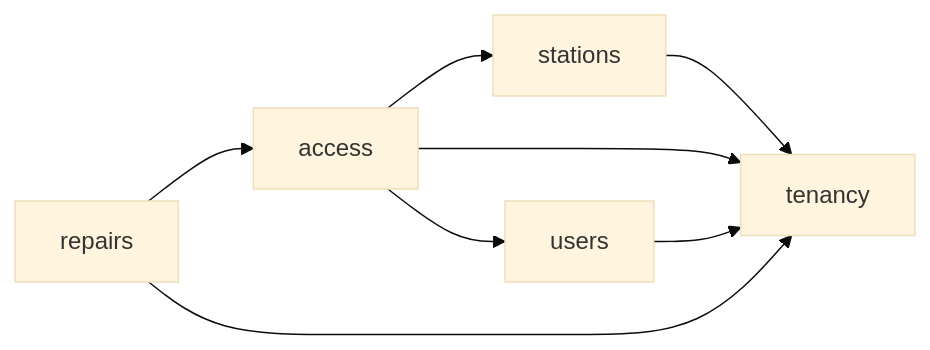
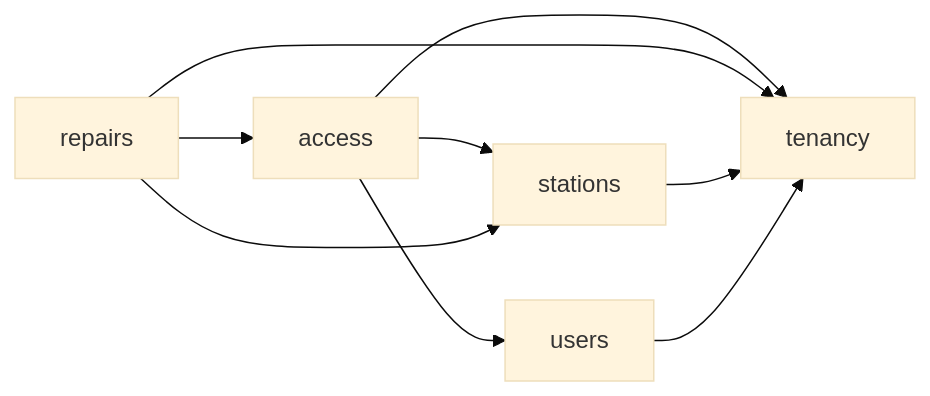
The diagram in docs/architecture-readiness/dec-005-materialization/DEPENDENCY_GRAPH.md (luisgtzaviles/SrTaller-2.0), drawn with Mermaid (base theme) before and after one commit. The commit also changed other lines of this file and 66 other files, not shown here.

````diff
--- a/docs/architecture-readiness/dec-005-materialization/DEPENDENCY_GRAPH.md
+++ b/docs/architecture-readiness/dec-005-materialization/DEPENDENCY_GRAPH.md
@@ -5,10 +5,11 @@
 ```mermaid
 flowchart LR
   access --> stations
   access --> tenancy
   access --> users
   repairs --> access
+  repairs --> stations
   repairs --> tenancy
   stations --> tenancy
   users --> tenancy
 ```
````
